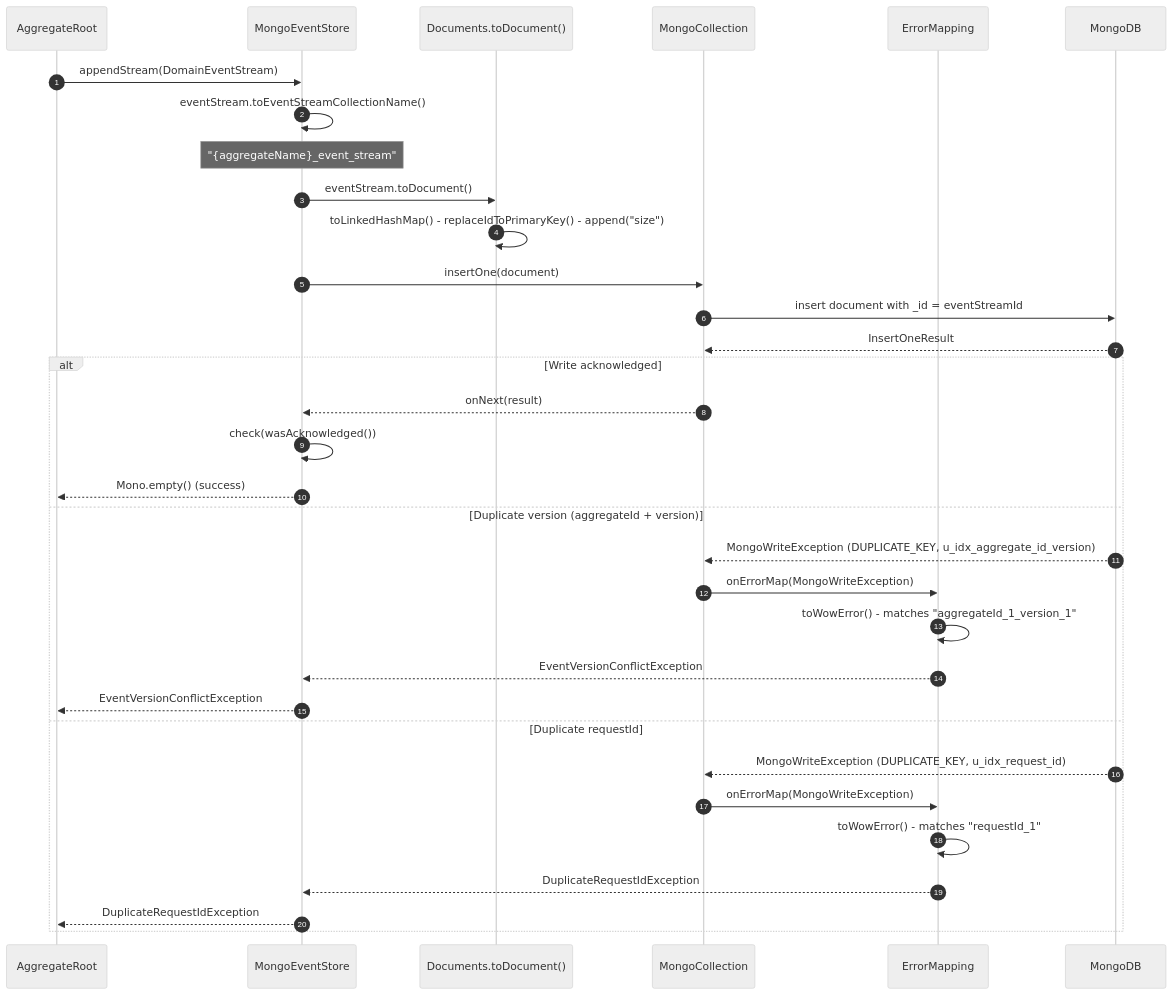
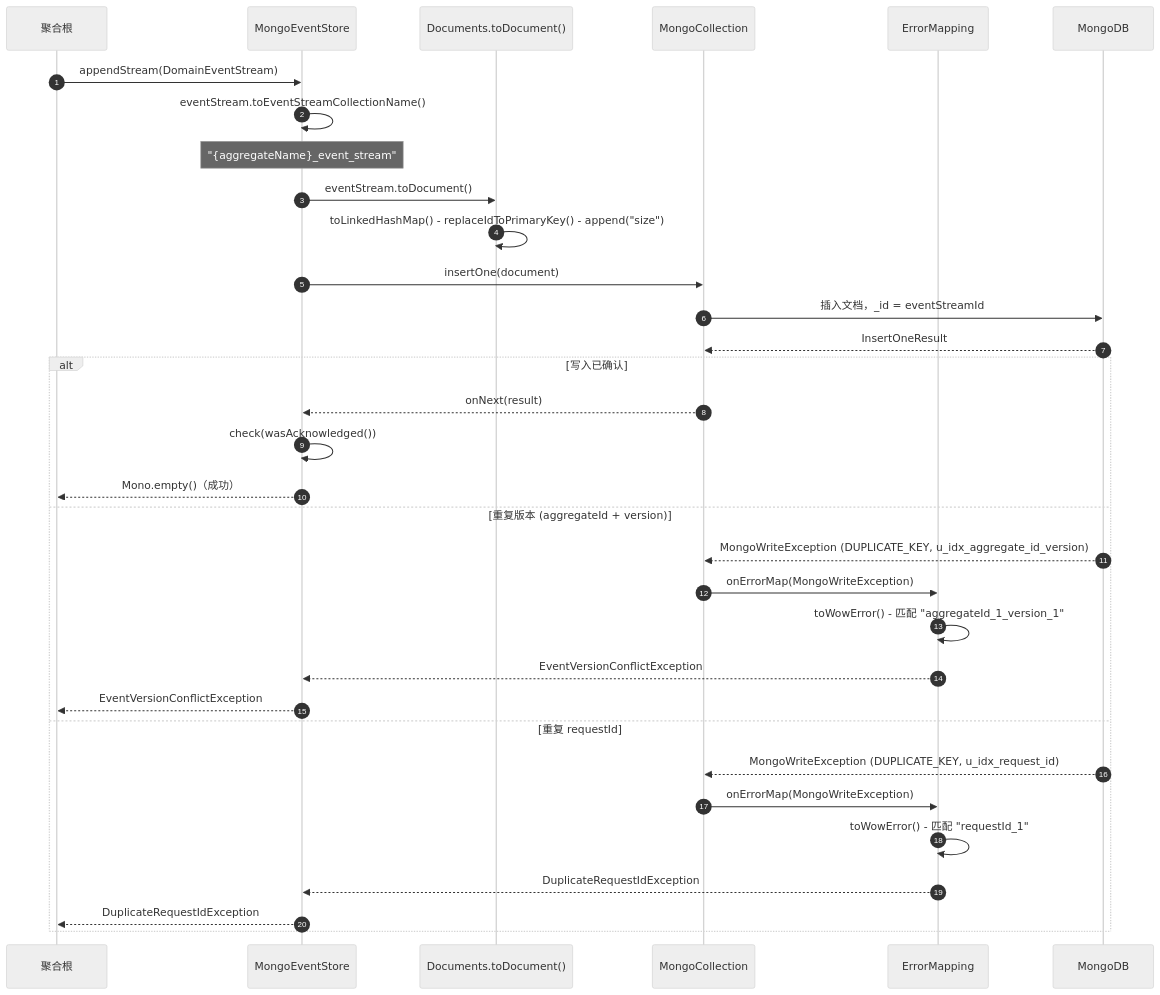
Before and after one commit to Ahoo-Wang/Wow: the second of 3 diagrams in documentation/docs/zh/guide/extensions/mongo.md, drawn with Mermaid (neutral theme). The commit also changed other lines of this file and 11 other files, not shown here.

````diff
--- a/documentation/docs/zh/guide/extensions/mongo.md
+++ b/documentation/docs/zh/guide/extensions/mongo.md
@@ -104,38 +104,38 @@
 ```mermaid
 sequenceDiagram
     autonumber
-    participant AR as AggregateRoot
+    participant AR as 聚合根
     participant ES as MongoEventStore
     participant Doc as Documents.toDocument()
     participant Coll as MongoCollection
     participant Err as ErrorMapping
     participant DB as MongoDB
 
     AR->>ES: appendStream(DomainEventStream)
     ES->>ES: eventStream.toEventStreamCollectionName()
     Note over ES: "{aggregateName}_event_stream"
     ES->>Doc: eventStream.toDocument()
     Doc->>Doc: toLinkedHashMap() - replaceIdToPrimaryKey() - append("size")
 
     ES->>Coll: insertOne(document)
-    Coll->>DB: insert document with _id = eventStreamId
+    Coll->>DB: 插入文档，_id = eventStreamId
     DB-->>Coll: InsertOneResult
 
-    alt Write acknowledged
+    alt 写入已确认
         Coll-->>ES: onNext(result)
         ES->>ES: check(wasAcknowledged())
-        ES-->>AR: Mono.empty() (success)
-    else Duplicate version (aggregateId + version)
+        ES-->>AR: Mono.empty()（成功）
+    else 重复版本 (aggregateId + version)
         DB-->>Coll: MongoWriteException (DUPLICATE_KEY, u_idx_aggregate_id_version)
         Coll->>Err: onErrorMap(MongoWriteException)
-        Err->>Err: toWowError() - matches "aggregateId_1_version_1"
+        Err->>Err: toWowError() - 匹配 "aggregateId_1_version_1"
         Err-->>ES: EventVersionConflictException
         ES-->>AR: EventVersionConflictException
-    else Duplicate requestId
+    else 重复 requestId
         DB-->>Coll: MongoWriteException (DUPLICATE_KEY, u_idx_request_id)
         Coll->>Err: onErrorMap(MongoWriteException)
-        Err->>Err: toWowError() - matches "requestId_1"
+        Err->>Err: toWowError() - 匹配 "requestId_1"
         Err-->>ES: DuplicateRequestIdException
         ES-->>AR: DuplicateRequestIdException
     end
 ```
````
